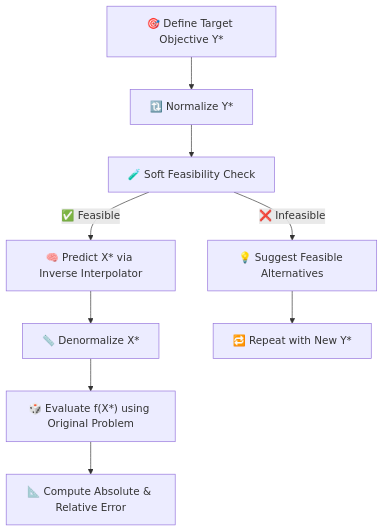
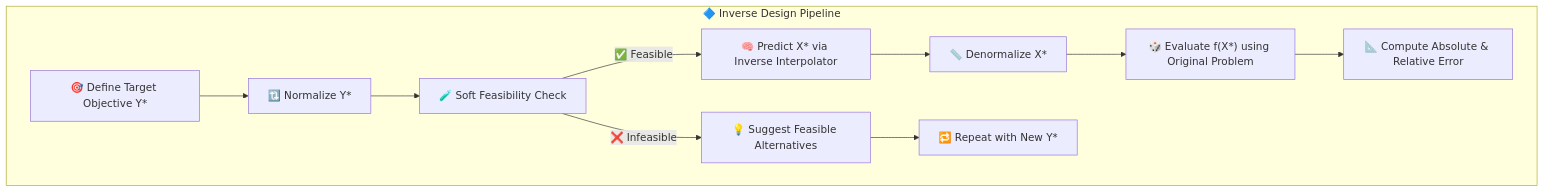
One commit to Nicola-Ibrahim/Tracing-Objectives-Backwards changed the first of 5 diagrams in docs/catalog-of-terms/process/generatingNewData.md. Above: the diagram before and after it, drawn with Mermaid. The commit also changed other lines of this file, not shown here.

Commit message:
refactor: Enhance generatingNewData documentation; improve flowcharts and clarity of processes

````diff
--- a/docs/catalog-of-terms/process/generatingNewData.md
+++ b/docs/catalog-of-terms/process/generatingNewData.md
@@ -16,11 +16,17 @@
 ```mermaid
 flowchart TD
-  A["🎯 Define Target Objective Y*"] --> B["🔃 Normalize Y*"]
-  B --> C["🧪 Soft Feasibility Check"]
-  C -->|✅ Feasible| D["🧠 Predict X* via Inverse Interpolator"]
-  D --> E["📏 Denormalize X*"]
-  E --> F["🎲 Evaluate f(X*) using Original Problem"]
-  F --> G["📐 Compute Absolute & Relative Error"]
-  C -->|❌ Infeasible| H["💡 Suggest Feasible Alternatives"]
-  H --> I["🔁 Repeat with New Y*"]
+
+  subgraph "🔷 Inverse Design Pipeline"
+    A["🎯 Define Target Objective Y*"] --> B["🔃 Normalize Y*"]
+    B --> C["🧪 Soft Feasibility Check"]
+
+    C -->|✅ Feasible| D["🧠 Predict X* via Inverse Interpolator"]
+    D --> E["📏 Denormalize X*"]
+    E --> F["🎲 Evaluate f(X*) using Original Problem"]
+    F --> G["📐 Compute Absolute & Relative Error"]
+
+    C -->|❌ Infeasible| H["💡 Suggest Feasible Alternatives"]
+    H --> I["🔁 Repeat with New Y*"]
+  end
+
 ```
````
